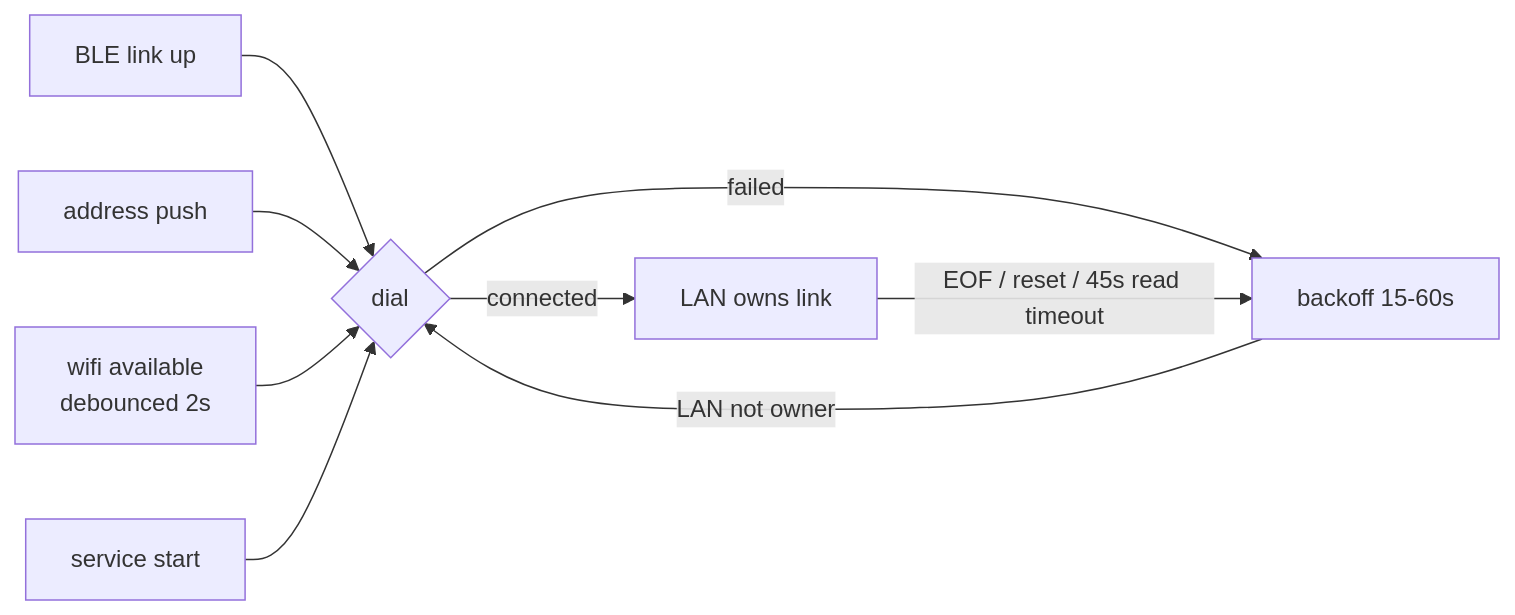
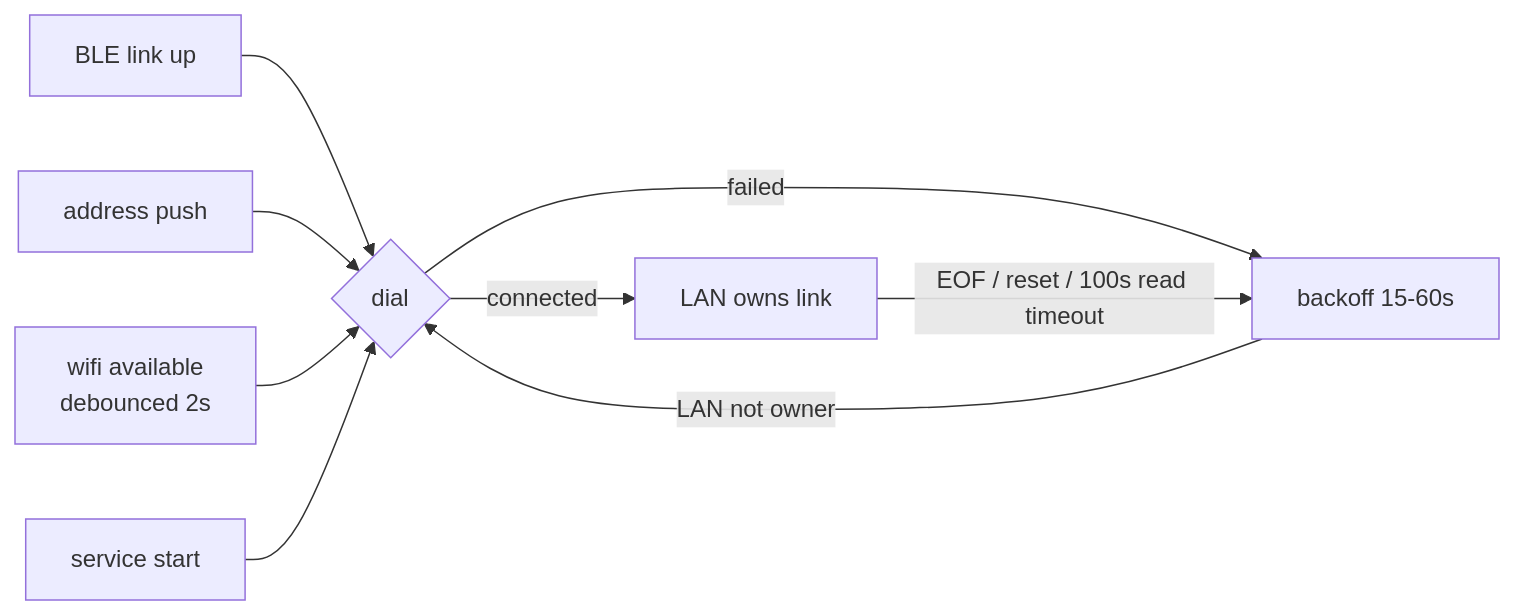
The fifth of 5 diagrams in docs/mobile-lan-transport.md (PetePeter/helm), drawn with Mermaid before and after one commit. The commit also changed other lines of this file and 4 other files, not shown here.

````diff
--- a/docs/mobile-lan-transport.md
+++ b/docs/mobile-lan-transport.md
@@ -341,11 +341,11 @@
 ```mermaid
 flowchart LR
     BLE[BLE link up] --> D{dial}
     PUSH[address push] --> D
     NET[wifi available<br/>debounced 2s] --> D
     SVC[service start] --> D
     RETRY[backoff 15-60s] -->|LAN not owner| D
     D -->|connected| LAN[LAN owns link]
     D -->|failed| RETRY
-    LAN -->|EOF / reset / 45s read timeout| RETRY
+    LAN -->|EOF / reset / 100s read timeout| RETRY
 ```
````
